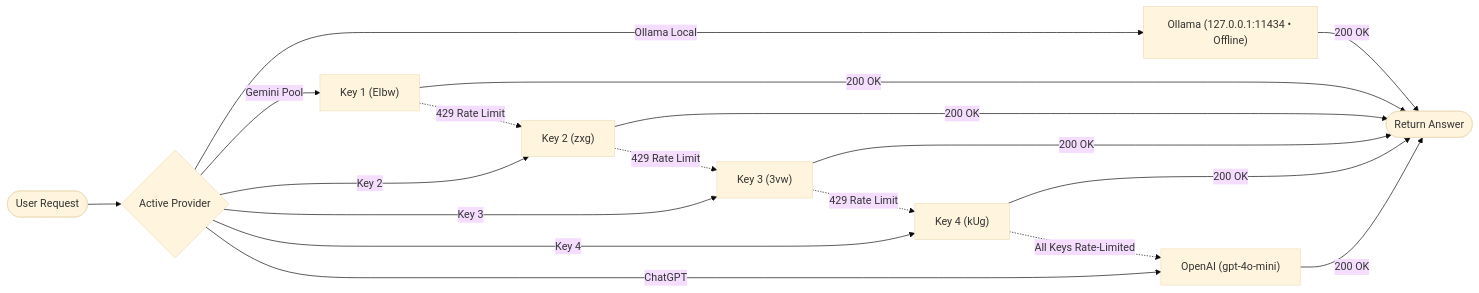
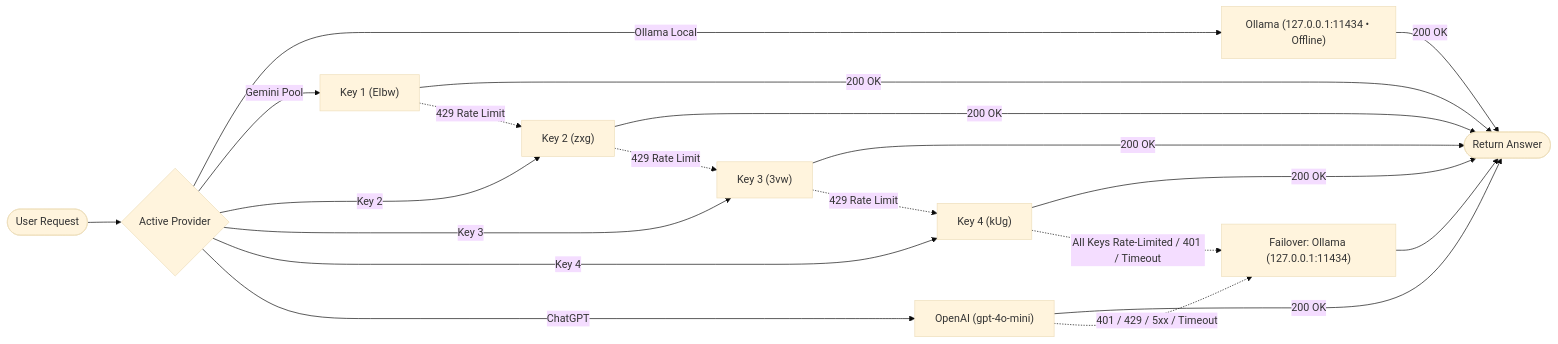
Before and after one commit to swapnil-exxe/Extension: the second of 2 diagrams in README.md, drawn with Mermaid (base theme). The commit also changed other lines of this file and 9 other files, not shown here.

Commit message:
feat(ollama): fix answer accuracy, eliminate option A bias, add universal failover and performance caching

````diff
--- a/README.md
+++ b/README.md
@@ -185,22 +193,24 @@
 ```mermaid
 flowchart LR
     Start([User Request]) --> Primary{"Active Provider"}
     Primary -->|Ollama Local| Local["Ollama (127.0.0.1:11434 • Offline)"]
     Primary -->|Gemini Pool| K1["Key 1 (EIbw)"]
     Primary -->|Key 2| K2["Key 2 (zxg)"]
     Primary -->|Key 3| K3["Key 3 (3vw)"]
     Primary -->|Key 4| K4["Key 4 (kUg)"]
     Primary -->|ChatGPT| GPT["OpenAI (gpt-4o-mini)"]
 
     K1 -->|200 OK| Done([Return Answer])
     K2 -->|200 OK| Done
     K3 -->|200 OK| Done
     K4 -->|200 OK| Done
     GPT -->|200 OK| Done
     Local -->|200 OK| Done
 
     K1 -.->|429 Rate Limit| K2
     K2 -.->|429 Rate Limit| K3
     K3 -.->|429 Rate Limit| K4
-    K4 -.->|All Keys Rate-Limited| GPT
+    K4 -.->|All Keys Rate-Limited / 401 / Timeout| FallbackToOllama["Failover: Ollama (127.0.0.1:11434)"]
+    GPT -.->|401 / 429 / 5xx / Timeout| FallbackToOllama
+    FallbackToOllama --> Done
 ```
````
